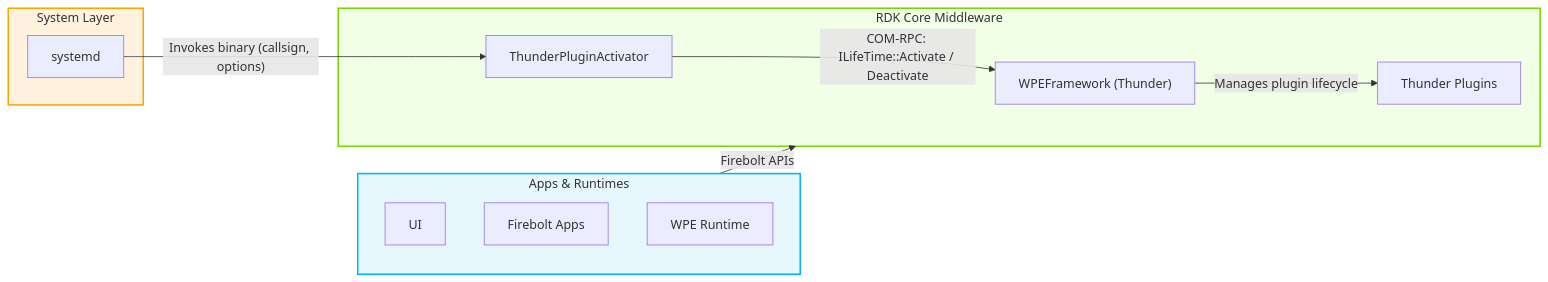
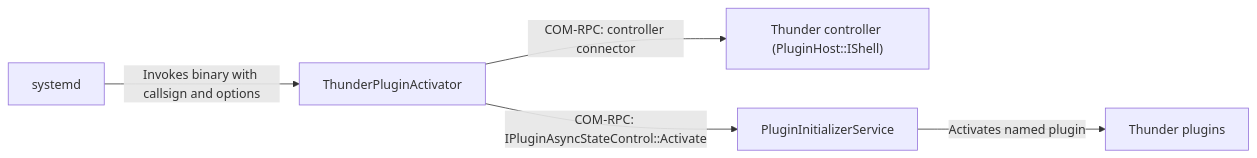
The first of 4 diagrams in docs/README.md (rdkcentral/ThunderPluginActivator), drawn with Mermaid before and after one commit. The commit also changed other lines of this file, not shown here.

````diff
--- a/docs/README.md
+++ b/docs/README.md
@@ -11,36 +9,7 @@
 ```mermaid
 flowchart LR
-
-%% Styles
-classDef Apps stroke:#00B9F1,fill:#E6F7FD,stroke-width:2px;
-classDef RDKMW stroke:#75D701,fill:#F1FFE6,stroke-width:2px;
-classDef SYS stroke:#FFA500,fill:#FFF3E0,stroke-width:2px;
-
-%% Apps Layer
-    subgraph Apps["Apps & Runtimes"]
-        RDKUI["UI"]
-        FBApps["Firebolt Apps"]
-        WPE_RT["WPE Runtime"]
-    end
-
-%% Middleware
-    subgraph RDKMW["RDK Core Middleware"]
-        Thunder["WPEFramework (Thunder)"]
-        TPA["ThunderPluginActivator"]
-        Plugins["Thunder Plugins"]
-    end
-
-%% System Layer
-    subgraph SYS["System Layer"]
-        Systemd["systemd"]
-    end
-
-    Apps -->|Firebolt APIs| RDKMW
-    Systemd -->|"Invokes binary (callsign, options)"| TPA
-    TPA -->|"COM-RPC: ILifeTime::Activate / Deactivate"| Thunder
-    Thunder -->|Manages plugin lifecycle| Plugins
-
-    class Apps Apps;
-    class RDKMW RDKMW;
-    class SYS SYS;
+    Systemd["systemd"] -->|"Invokes binary with callsign and options"| TPA["ThunderPluginActivator"]
+    TPA -->|"COM-RPC: controller connector"| Controller["Thunder controller (PluginHost::IShell)"]
+    TPA -->|"COM-RPC: IPluginAsyncStateControl::Activate"| PIS["PluginInitializerService"]
+    PIS -->|"Activates named plugin"| Plugins["Thunder plugins"]
 ```
````
